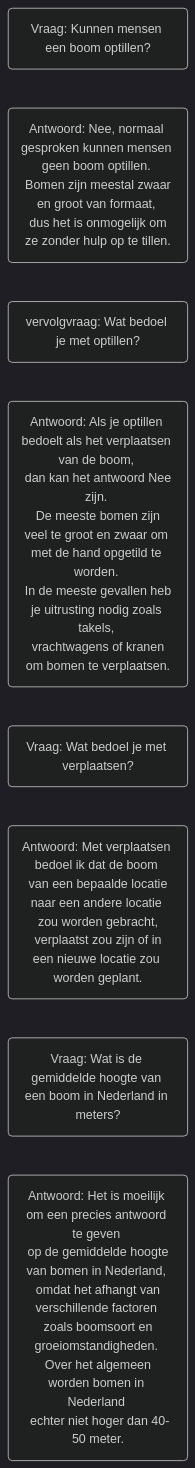
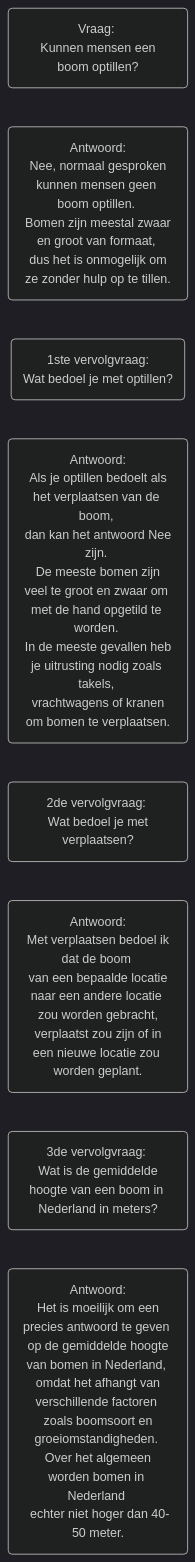
One commit to HR-ChatGPT/ChatGPT-UITGELEGD changed the third of 5 diagrams in README.md. Above: the diagram before and after it, drawn with Mermaid (dark theme). The commit also changed other lines of this file, not shown here.

````diff
--- a/README.md
+++ b/README.md
@@ -652,19 +652,19 @@
 ```mermaid
 flowchart LR
-    id1(Vraag: Kunnen mensen een boom optillen?)
+    id1(Vraag: <br> Kunnen mensen een boom optillen?)
 
-    id2(Antwoord: Nee, normaal gesproken kunnen mensen geen boom optillen. <br> Bomen zijn meestal zwaar en groot van formaat, <br> dus het is onmogelijk om ze zonder hulp op te tillen.)
+    id2(Antwoord:<br> Nee, normaal gesproken kunnen mensen geen boom optillen. <br> Bomen zijn meestal zwaar en groot van formaat, <br> dus het is onmogelijk om ze zonder hulp op te tillen.)
 
-    id3(vervolgvraag: Wat bedoel je met optillen?)
+    id3(1ste vervolgvraag: <br> Wat bedoel je met optillen?)
 
-    id4(Antwoord: Als je optillen bedoelt als het verplaatsen van de boom, <br> dan kan het antwoord Nee zijn. <br> De meeste bomen zijn veel te groot en zwaar om met de hand opgetild te worden. <br> In de meeste gevallen heb je uitrusting nodig zoals takels, <br> vrachtwagens of kranen om bomen te verplaatsen.)
+    id4(Antwoord:<br> Als je optillen bedoelt als het verplaatsen van de boom, <br> dan kan het antwoord Nee zijn. <br> De meeste bomen zijn veel te groot en zwaar om met de hand opgetild te worden. <br> In de meeste gevallen heb je uitrusting nodig zoals takels, <br> vrachtwagens of kranen om bomen te verplaatsen.)
 
-    id5(Vraag: Wat bedoel je met verplaatsen?)
+    id5(2de vervolgvraag: <br> Wat bedoel je met verplaatsen?)
 
-    id6(Antwoord: Met verplaatsen bedoel ik dat de boom <br> van een bepaalde locatie naar een andere locatie <br> zou worden gebracht, <br> verplaatst zou zijn of in een nieuwe locatie zou worden geplant.)
+    id6(Antwoord:<br> Met verplaatsen bedoel ik dat de boom <br> van een bepaalde locatie naar een andere locatie <br> zou worden gebracht, <br> verplaatst zou zijn of in een nieuwe locatie zou worden geplant.)
 
-    id7(Vraag: Wat is de gemiddelde hoogte van een boom in Nederland in meters?)
+    id7(3de vervolgvraag: <br> Wat is de gemiddelde hoogte van een boom in Nederland in meters?)
 
-    id8(Antwoord: Het is moeilijk om een precies antwoord te geven <br> op de gemiddelde hoogte van bomen in Nederland, <br> omdat het afhangt van verschillende factoren <br> zoals boomsoort en groeiomstandigheden. <br> Over het algemeen worden bomen in Nederland <br> echter niet hoger dan 40-50 meter.)
+    id8(Antwoord:<br> Het is moeilijk om een precies antwoord te geven <br> op de gemiddelde hoogte van bomen in Nederland, <br> omdat het afhangt van verschillende factoren <br> zoals boomsoort en groeiomstandigheden. <br> Over het algemeen worden bomen in Nederland <br> echter niet hoger dan 40-50 meter.)
     
 ```
````
